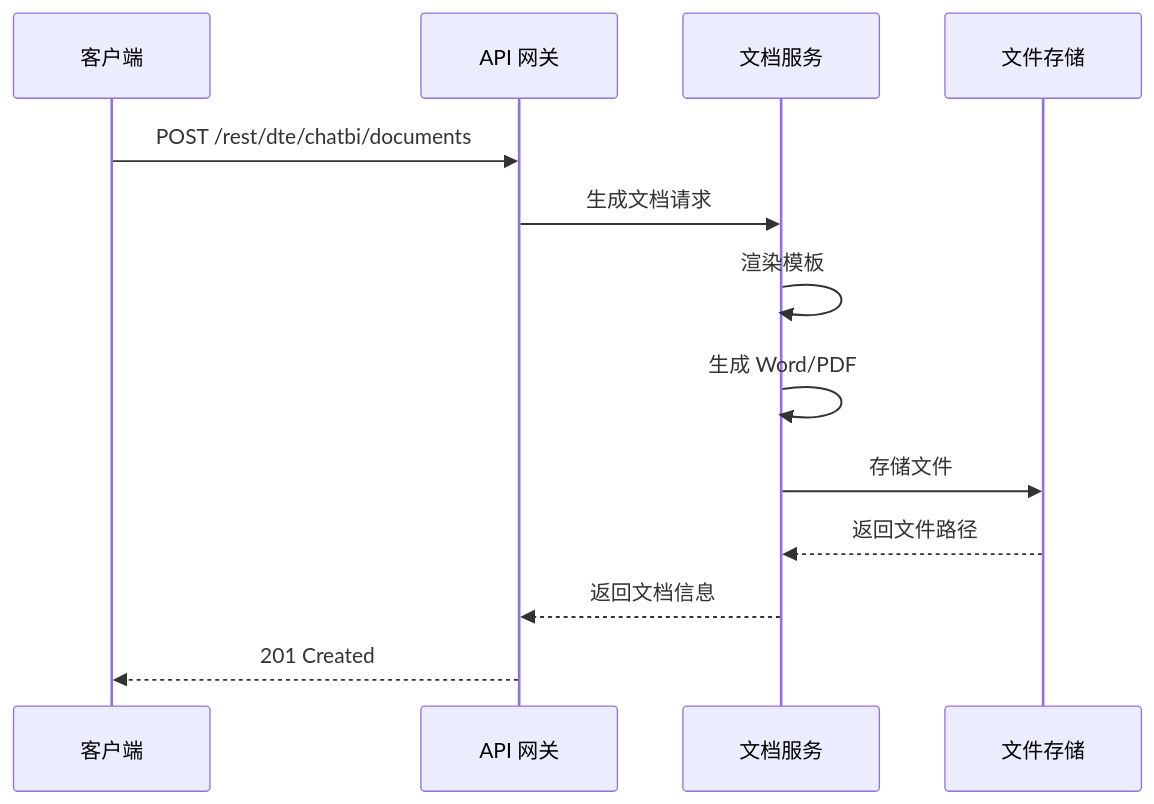
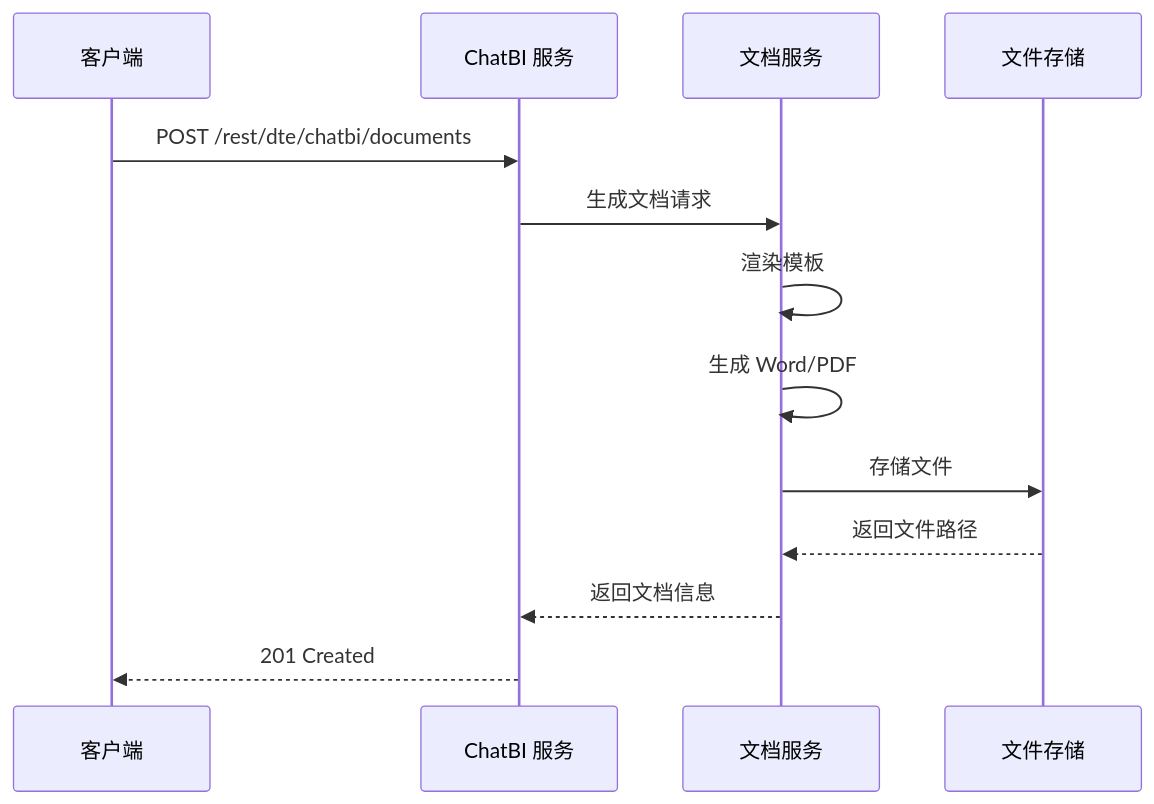
Diagram 13 of 13 in design.md (shel447/ReportSystem), drawn with Mermaid before and after one commit. The commit also changed other lines of this file, not shown here.

Commit message:
Update: Remove API gateway, ChatBI service provides all interfaces directly

````diff
--- a/design.md
+++ b/design.md
@@ -764,16 +774,16 @@
 ```mermaid
 sequenceDiagram
     participant Client as 客户端
-    participant API as API 网关
+    participant ChatBI as ChatBI 服务
     participant Doc as 文档服务
-    participant Storage as 文件存储
+    participant HOFS as 文件存储
 
-    Client->>API: POST /rest/dte/chatbi/documents
-    API->>Doc: 生成文档请求
+    Client->>ChatBI: POST /rest/dte/chatbi/documents
+    ChatBI->>Doc: 生成文档请求
     Doc->>Doc: 渲染模板
     Doc->>Doc: 生成 Word/PDF
-    Doc->>Storage: 存储文件
-    Storage-->>Doc: 返回文件路径
-    Doc-->>API: 返回文档信息
-    API-->>Client: 201 Created
+    Doc->>HOFS: 存储文件
+    HOFS-->>Doc: 返回文件路径
+    Doc-->>ChatBI: 返回文档信息
+    ChatBI-->>Client: 201 Created
 ```
````
